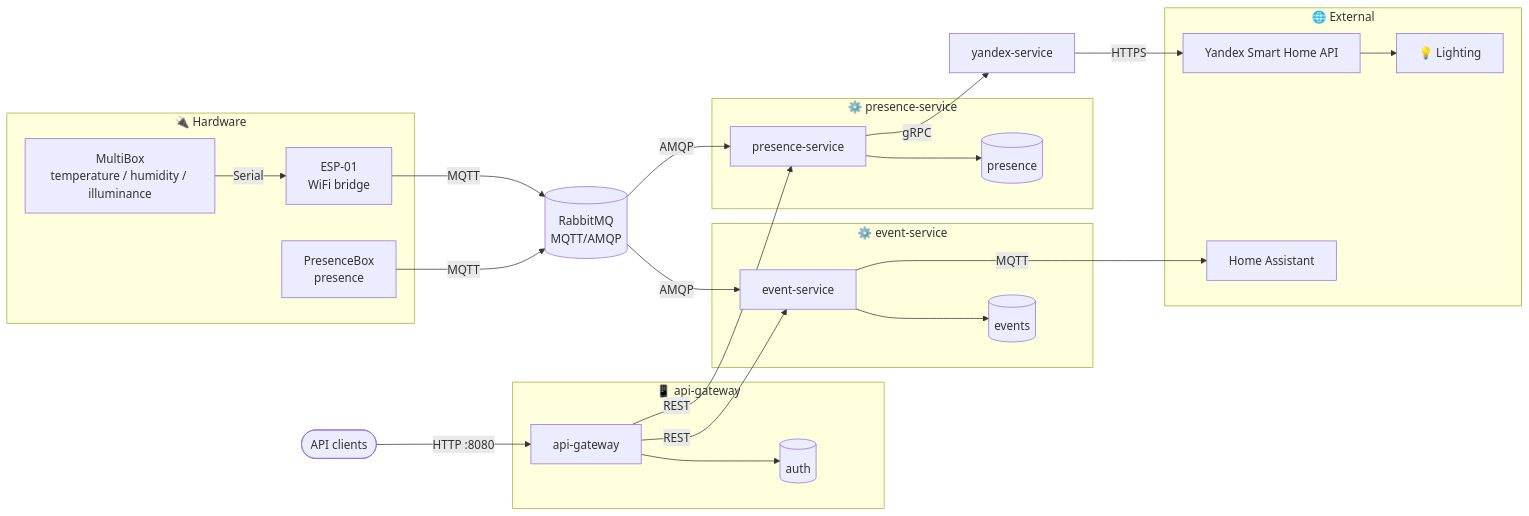
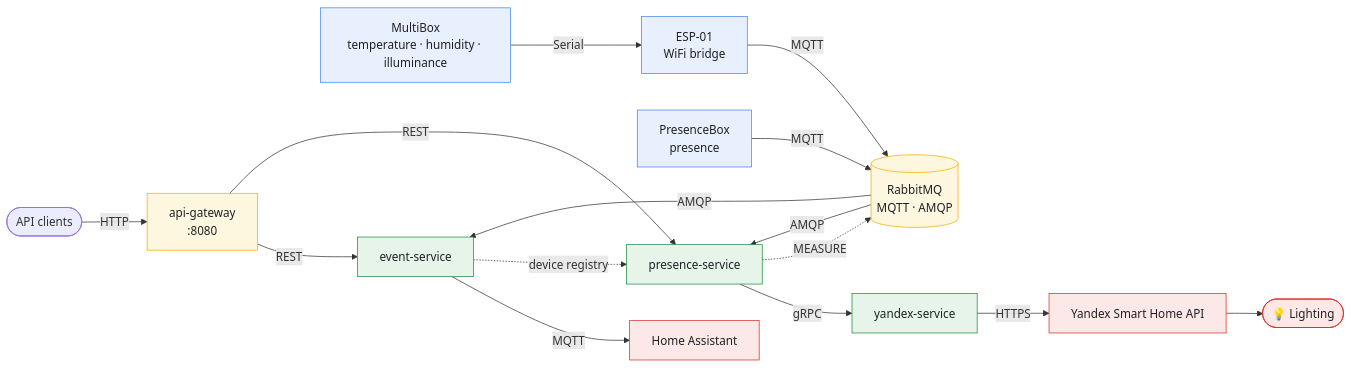
Before and after one commit to JohnnyNovac/home-sweet-home: the diagram in README.en.md, drawn with Mermaid. The commit also changed other lines of this file and 4 other files, not shown here.

Commit message:
Documented registry replication, room-aware lamp gate and MEASURE trigger

````diff
--- a/README.en.md
+++ b/README.en.md
@@ -11,51 +11,43 @@
 ```mermaid
 flowchart LR
     CLIENT([API clients])
+    MB[MultiBox<br/>temperature · humidity · illuminance]
+    ESP[ESP-01<br/>WiFi bridge]
+    PB[PresenceBox<br/>presence]
+    GW[api-gateway<br/>:8080]
+    BROKER[(RabbitMQ<br/>MQTT · AMQP)]
+    ES[event-service]
+    PS[presence-service]
+    HA[Home Assistant]
+    YS[yandex-service]
+    YAPI[Yandex Smart Home API]
+    LIGHT([💡 Lighting])
 
-    subgraph Gateway["📱 api-gateway"]
-        GW[api-gateway]
-        DBA[(auth)]
-        GW --> DBA
-    end
-
-    subgraph Hardware["🔌 Hardware"]
-        MB[MultiBox<br/>temperature / humidity / illuminance]
-        ESP[ESP-01<br/>WiFi bridge]
-        PB[PresenceBox<br/>presence]
-        MB -->|Serial| ESP
-    end
-
-    BROKER[(RabbitMQ<br/>MQTT/AMQP)]
-
-    subgraph EventSvc["⚙️ event-service"]
-        ES[event-service]
-        DBE[(events)]
-        ES --> DBE
-    end
-
-    subgraph PresenceSvc["⚙️ presence-service"]
-        PS[presence-service]
-        DBP[(presence)]
-        PS --> DBP
-    end
-
-    subgraph External["🌐 External"]
-        HA[Home Assistant]
-        YAPI[Yandex Smart Home API]
-        LIGHTNING[💡 Lighting]
-    end
-
-    YS[yandex-service]
-
-    CLIENT -->|HTTP :8080| GW
+    %% data flow
+    MB -->|Serial| ESP
     ESP -->|MQTT| BROKER
     PB -->|MQTT| BROKER
     BROKER -->|AMQP| ES
     BROKER -->|AMQP| PS
+    CLIENT -->|HTTP| GW
     GW -->|REST| ES
     GW -->|REST| PS
     ES -->|MQTT| HA
     PS -->|gRPC| YS
     YS -->|HTTPS| YAPI
-    YAPI --> LIGHTNING
+    YAPI --> LIGHT
+
+    %% control plane
+    ES -. device registry .-> PS
+    PS -. MEASURE .-> BROKER
+
+    classDef hw fill:#e8f0fe,stroke:#4285f4,color:#202124;
+    classDef infra fill:#fef7e0,stroke:#f9ab00,color:#202124;
+    classDef svc fill:#e6f4ea,stroke:#1e8e3e,color:#202124;
+    classDef ext fill:#fce8e6,stroke:#d93025,color:#202124;
+
+    class MB,ESP,PB hw
+    class BROKER,GW infra
+    class ES,PS,YS svc
+    class HA,YAPI,LIGHT ext
 ```
````
